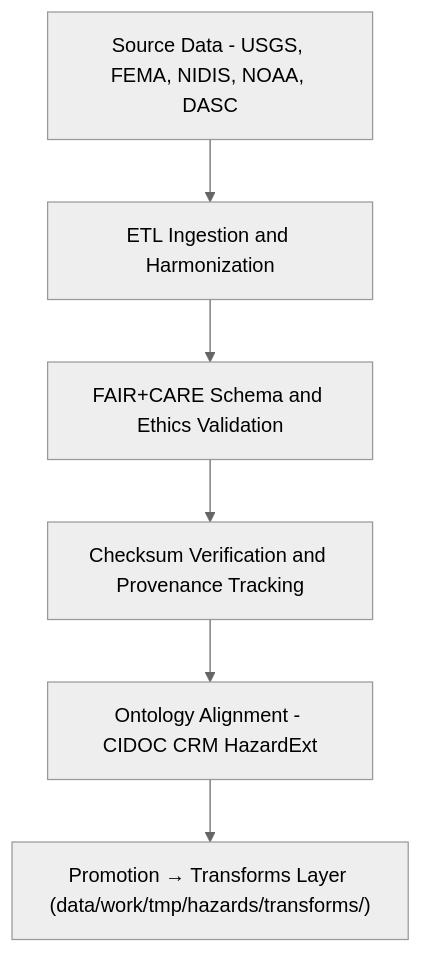
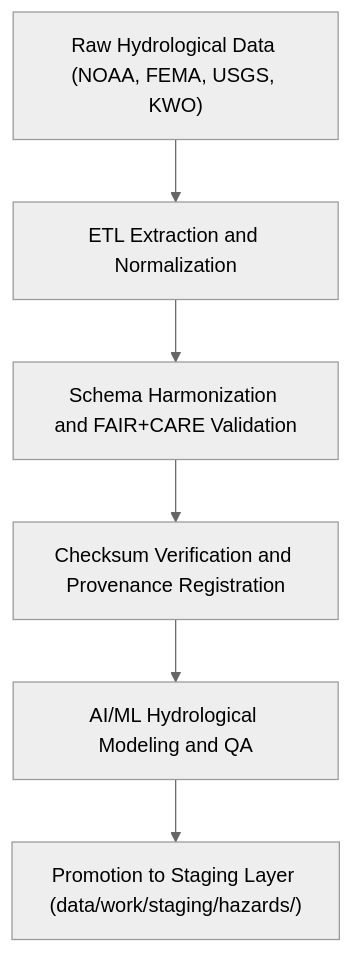
One commit to bartytime4life/Kansas-Frontier-Matrix changed the diagram in data/work/tmp/hazards/datasets/hydrological/README.md. Above: the diagram before and after it, drawn with Mermaid (neutral theme). The commit also changed other lines of this file, not shown here.

````diff
--- a/data/work/tmp/hazards/datasets/hydrological/README.md
+++ b/data/work/tmp/hazards/datasets/hydrological/README.md
@@ -70,8 +71,8 @@
 ```mermaid
 flowchart TD
-    A["Source Data - USGS, FEMA, NIDIS, NOAA, DASC"] --> B["ETL Ingestion and Harmonization"]
-    B --> C["FAIR+CARE Schema and Ethics Validation"]
-    C --> D["Checksum Verification and Provenance Tracking"]
-    D --> E["Ontology Alignment - CIDOC CRM HazardExt"]
-    E --> F["Promotion → Transforms Layer (data/work/tmp/hazards/transforms/)"]
+    A["Raw Hydrological Data (NOAA, FEMA, USGS, KWO)"] --> B["ETL Extraction and Normalization"]
+    B --> C["Schema Harmonization and FAIR+CARE Validation"]
+    C --> D["Checksum Verification and Provenance Registration"]
+    D --> E["AI/ML Hydrological Modeling and QA"]
+    E --> F["Promotion to Staging Layer (data/work/staging/hazards/)"]
 ```
````
